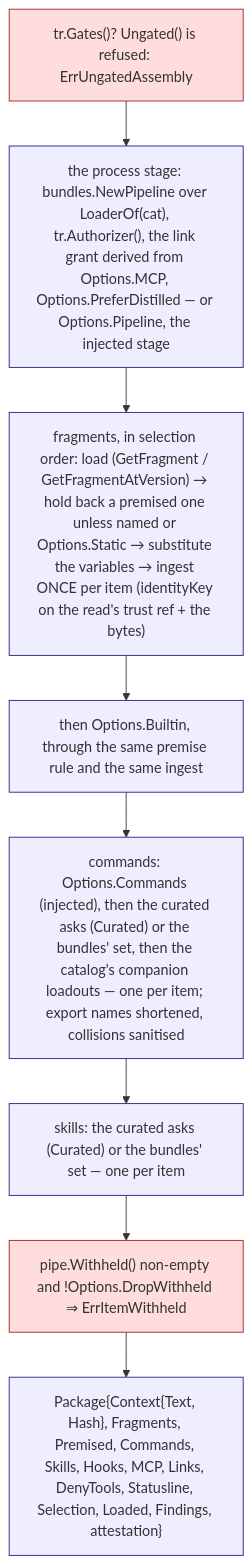
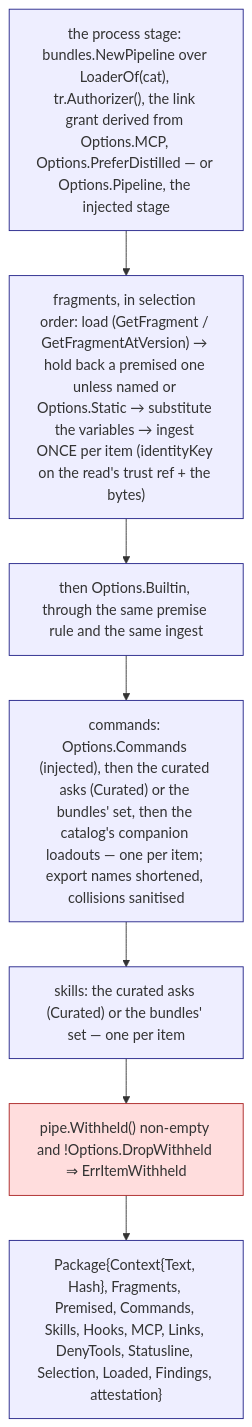
The second of 2 diagrams in docs/architecture/core/composite.md (ctxloom/ctxloom), drawn with Mermaid before and after one commit. The commit also changed 4 other files, not shown here.

````diff
--- a/docs/architecture/core/composite.md
+++ b/docs/architecture/core/composite.md
@@ -62,14 +62,13 @@
 ```mermaid
 flowchart TB
   classDef s fill:#eef,stroke:#228
   classDef v fill:#fdd,stroke:#a22
-  T["tr.Gates()? Ungated() is refused: ErrUngatedAssembly"]:::v
   P["the process stage: bundles.NewPipeline over LoaderOf(cat), tr.Authorizer(), the link grant derived from Options.MCP, Options.PreferDistilled — or Options.Pipeline, the injected stage"]:::s
   F["fragments, in selection order: load (GetFragment / GetFragmentAtVersion) → hold back a premised one unless named or Options.Static → substitute the variables → ingest ONCE per item (identityKey on the read's trust ref + the bytes)"]:::s
   B["then Options.Builtin, through the same premise rule and the same ingest"]:::s
   C["commands: Options.Commands (injected), then the curated asks (Curated) or the bundles' set, then the catalog's companion loadouts — one per item; export names shortened, collisions sanitised"]:::s
   S["skills: the curated asks (Curated) or the bundles' set — one per item"]:::s
   W["pipe.Withheld() non-empty and !Options.DropWithheld ⇒ ErrItemWithheld"]:::v
   PK["Package{Context{Text, Hash}, Fragments, Premised, Commands, Skills, Hooks, MCP, Links, DenyTools, Statusline, Selection, Loaded, Findings, attestation}"]:::s
-  T --> P --> F --> B --> C --> S --> W --> PK
+  P --> F --> B --> C --> S --> W --> PK
 ```
````
